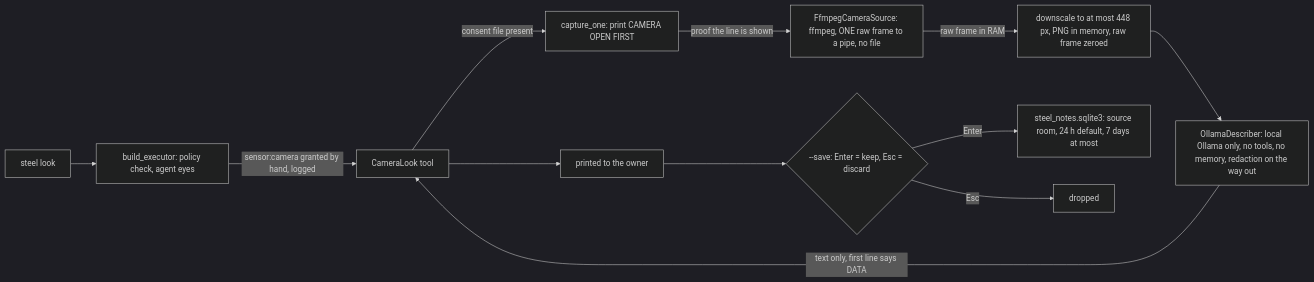
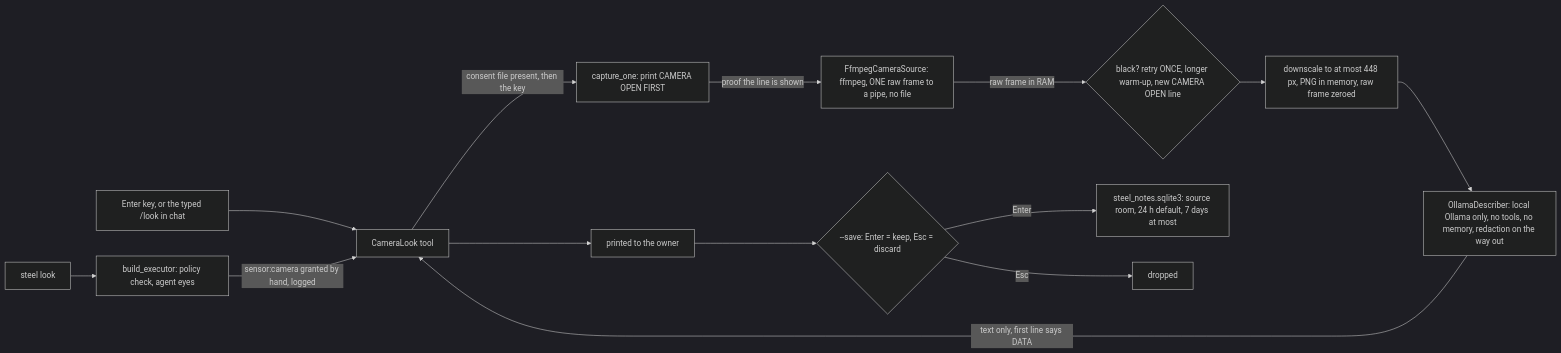
The fourth of 5 diagrams in ARCHITECTURE.md (DKAA04/Steel), drawn with Mermaid (dark theme) before and after one commit. The commit also changed other lines of this file and 10 other files, not shown here.

First line of the commit message:
Docs: Phase 4 (INJECTION evidence, README, SECURITY, ARCHITECTURE, ROADMAP, CLAUDE.md, POLICY 7.3, VISION, VOICE, PROVENANCE)

````diff
--- a/ARCHITECTURE.md
+++ b/ARCHITECTURE.md
@@ -100,14 +100,16 @@
 ```mermaid
 flowchart LR
+    K[Enter key, or the typed /look in chat] --> T
     CMD[steel look] --> E[build_executor: policy check, agent eyes]
     E -->|sensor:camera granted by hand, logged| T[CameraLook tool]
-    T -->|consent file present| C[capture_one: print CAMERA OPEN FIRST]
+    T -->|consent file present, then the key| C[capture_one: print CAMERA OPEN FIRST]
     C -->|proof the line is shown| F[FfmpegCameraSource: ffmpeg, ONE raw frame to a pipe, no file]
-    F -->|raw frame in RAM| S[downscale to at most 448 px, PNG in memory, raw frame zeroed]
+    F -->|raw frame in RAM| B{black? retry ONCE, longer warm-up, new CAMERA OPEN line}
+    B --> S[downscale to at most 448 px, PNG in memory, raw frame zeroed]
     S --> D[OllamaDescriber: local Ollama only, no tools, no memory, redaction on the way out]
     D -->|text only, first line says DATA| T
     T --> P[printed to the owner]
     P --> Q{--save: Enter = keep, Esc = discard}
     Q -->|Enter| N[steel_notes.sqlite3: source room, 24 h default, 7 days at most]
     Q -->|Esc| X[dropped]
 ```
````
